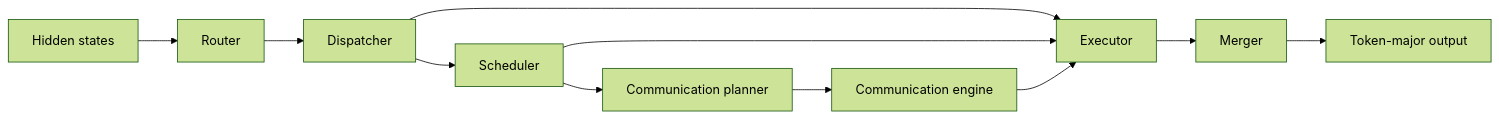
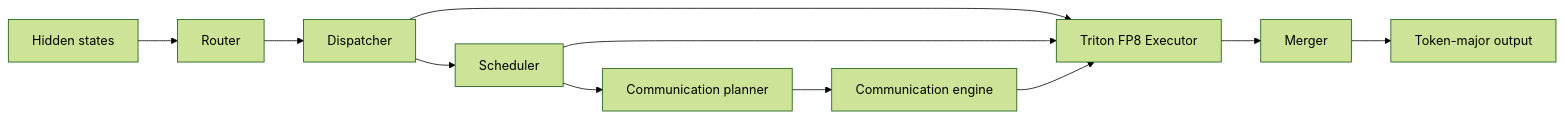
Before and after one commit to RustamSheoran/DWDP-Triton-MoE-Inference-Engine: the diagram in readme.md, drawn with Mermaid (forest theme). The commit also changed other lines of this file, not shown here.

````diff
--- a/readme.md
+++ b/readme.md
@@ -23,13 +19,13 @@
 ```mermaid
 flowchart LR
   H[Hidden states] --> R[Router]
   R --> D[Dispatcher]
   D --> S[Scheduler]
   S --> CP[Communication planner]
   CP --> CE[Communication engine]
-  D --> E[Executor]
+  D --> E[Triton FP8 Executor]
   S --> E
   CE --> E
   E --> M[Merger]
   M --> O[Token-major output]
 ```
````
